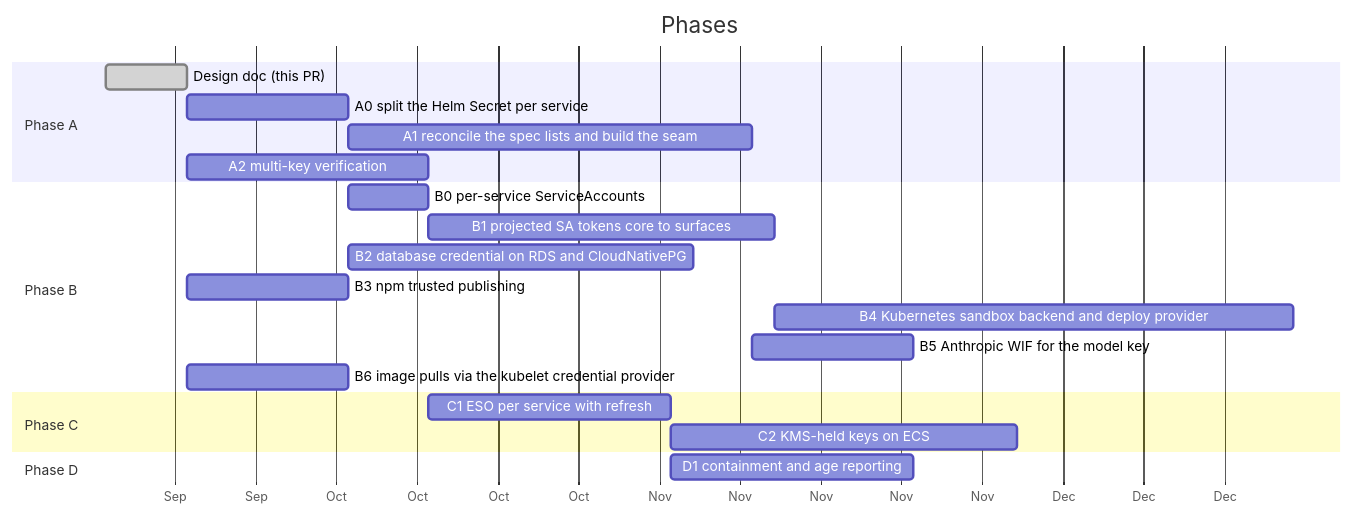
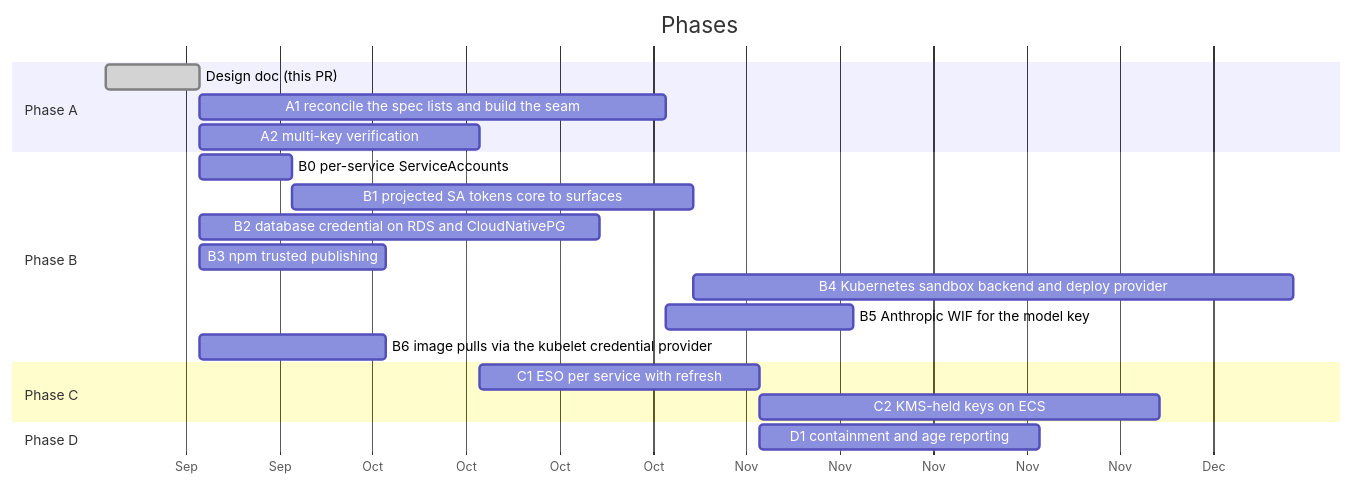
The fifth of 5 diagrams in deploy/layers/agentsky/docs/secretless.md (agentsky/qm), drawn with Mermaid before and after one commit. The commit also changed other lines of this file and 1 other file, not shown here.

First line of the commit message:
docs: stack the secretless plan on the per-workload Secret split

````diff
--- a/deploy/layers/agentsky/docs/secretless.md
+++ b/deploy/layers/agentsky/docs/secretless.md
@@ -939,24 +948,23 @@
 ```mermaid
 gantt
   title Phases
   dateFormat YYYY-MM-DD
   axisFormat %b
   section Phase A
   Design doc (this PR)          :done, d1, 2026-09-14, 7d
-  A0 split the Helm Secret per service :a0, after d1, 14d
-  A1 reconcile the spec lists and build the seam :a1, after a0, 35d
+  A1 reconcile the spec lists and build the seam :a1, after d1, 35d
   A2 multi-key verification     :a2, after d1, 21d
   section Phase B
-  B0 per-service ServiceAccounts :b0, after a0, 7d
+  B0 per-service ServiceAccounts :b0, after d1, 7d
   B1 projected SA tokens core to surfaces :b1, after b0, 30d
-  B2 database credential on RDS and CloudNativePG :b2, after a0, 30d
+  B2 database credential on RDS and CloudNativePG :b2, after d1, 30d
   B3 npm trusted publishing     :b3, after d1, 14d
   B4 Kubernetes sandbox backend and deploy provider :b4, after b1, 45d
   B5 Anthropic WIF for the model key :b5, after a1, 14d
   B6 image pulls via the kubelet credential provider :b6, after d1, 14d
   section Phase C
   C1 ESO per service with refresh :c1, after a2, 21d
   C2 KMS-held keys on ECS       :c2, after c1, 30d
   section Phase D
   D1 containment and age reporting :e1, after c1, 21d
 ```
````
